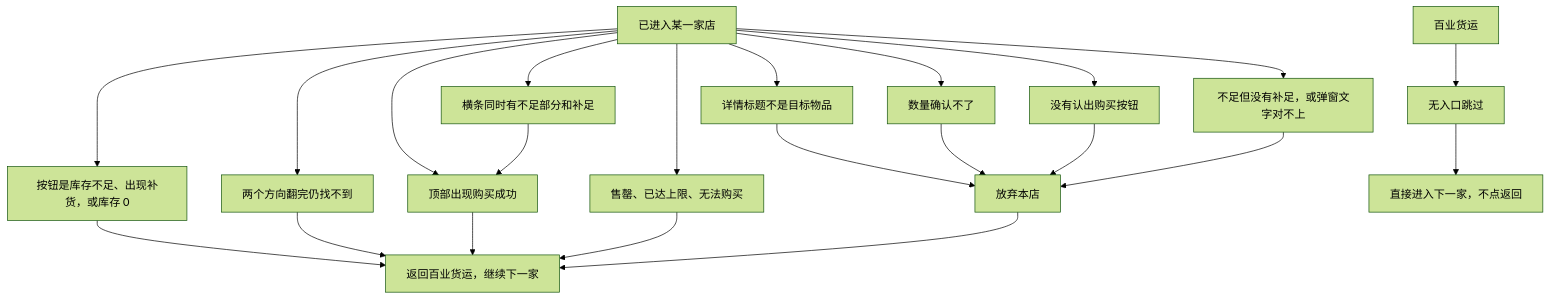
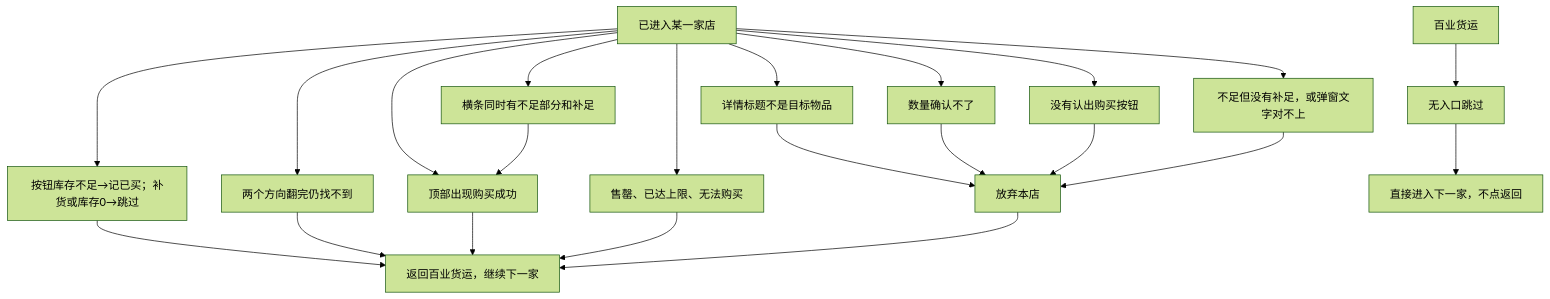
The second of 2 diagrams in docs/zh_cn/自动买药.md (82488059/MAAJN), drawn with Mermaid (forest theme) before and after one commit. The commit also changed other lines of this file and 7 other files, not shown here.

````diff
--- a/docs/zh_cn/自动买药.md
+++ b/docs/zh_cn/自动买药.md
@@ -144,29 +143,29 @@
 ```mermaid
 flowchart TD
   freight["百业货运"]
   noentry["无入口跳过"]
   shop["已进入某一家店"]
-  sold["按钮是库存不足、出现补货，或库存 0"]
+  sold["按钮库存不足→记已买；补货或库存0→跳过"]
   missing["两个方向翻完仍找不到"]
   title["详情标题不是目标物品"]
   qty["数量确认不了"]
   nobuy["没有认出购买按钮"]
   toast["顶部出现购买成功"]
   topup["横条同时有不足部分和补足"]
   lack["不足但没有补足，或弹窗文字对不上"]
   failtoast["售罄、已达上限、无法购买"]
   abort["放弃本店"]
   back["返回百业货运，继续下一家"]
   nextshop["直接进入下一家，不点返回"]
   freight --> noentry --> nextshop
   shop --> sold --> back
   shop --> missing --> back
   shop --> title --> abort
   shop --> qty --> abort
   shop --> nobuy --> abort
   shop --> toast --> back
   shop --> topup --> toast
   shop --> lack --> abort
   shop --> failtoast --> back
   abort --> back
 ```
````
